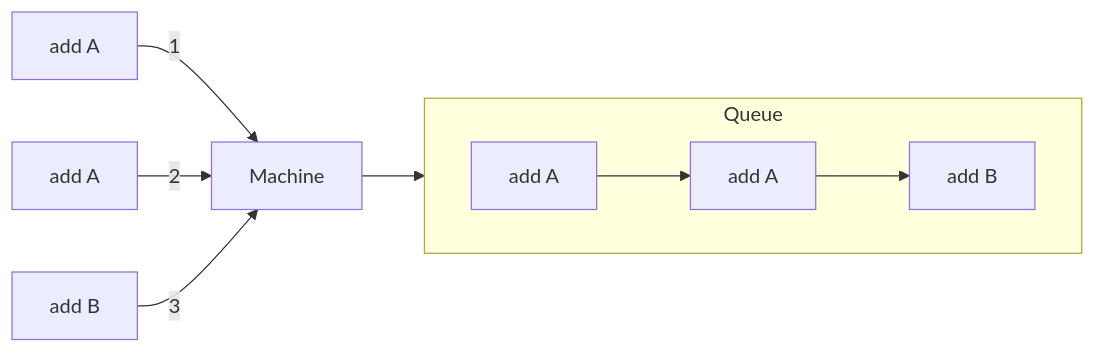
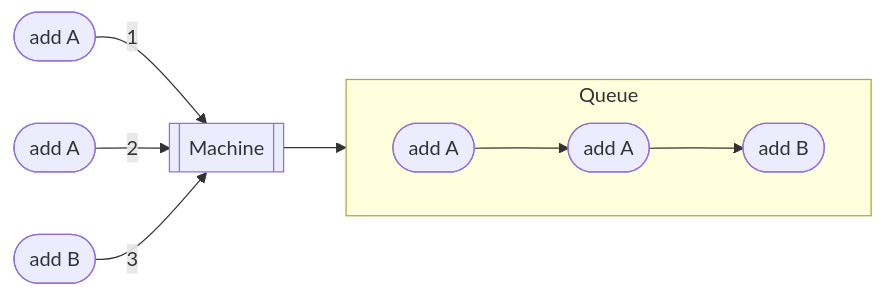
The fifth of 12 diagrams in docs/diagrams.md (pancsta/asyncmachine-go), drawn with Mermaid before and after one commit. The commit also changed other lines of this file and 18 other files, not shown here.

````diff
--- a/docs/diagrams.md
+++ b/docs/diagrams.md
@@ -140,17 +140,18 @@
 ```mermaid
 flowchart LR
-    Add1[add A]
-    Add2[add A]
-    Add3[add B]
+    Machine[[Machine]]
+    Add1([add A])
+    Add2([add A])
+    Add3([add B])
     Add1 -- 1 --> Machine
     Add2 -- 2 --> Machine
     Add3 -- 3 --> Machine
     subgraph Queue
         direction LR
-        QAdd1[add A]
-        QAdd2[add A]
-        QAdd3[add B]
+        QAdd1([add A])
+        QAdd2([add A])
+        QAdd3([add B])
         QAdd1 --> QAdd2 --> QAdd3
     end
     Machine --> Queue
 ```
````
